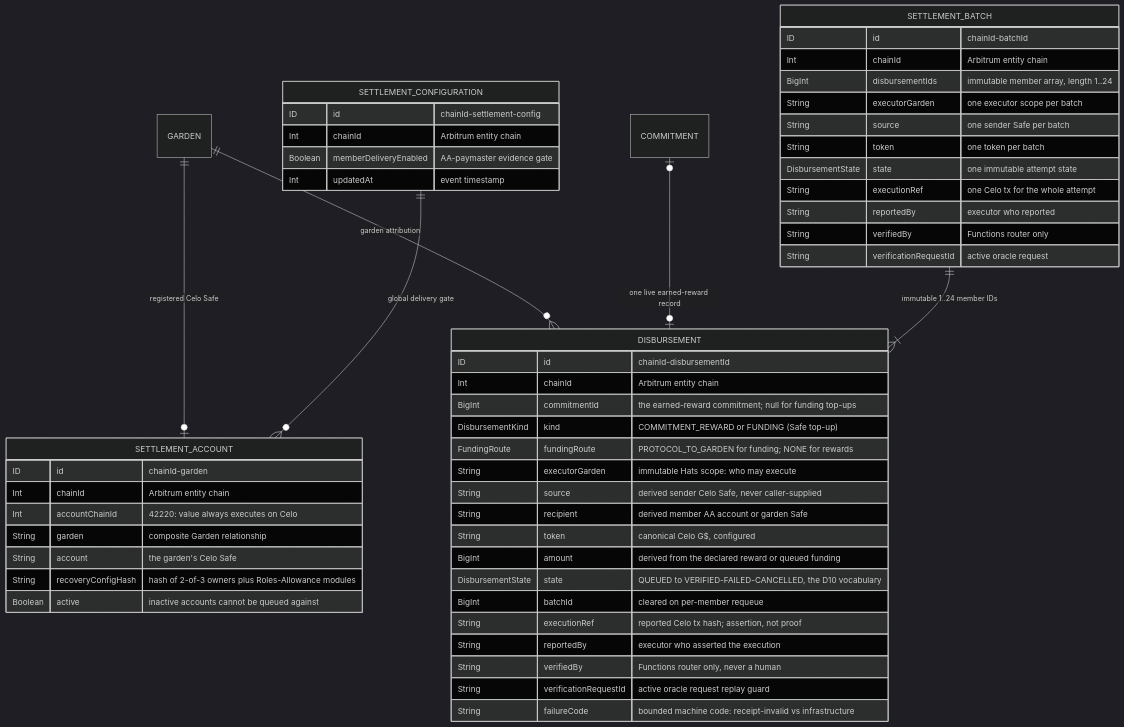
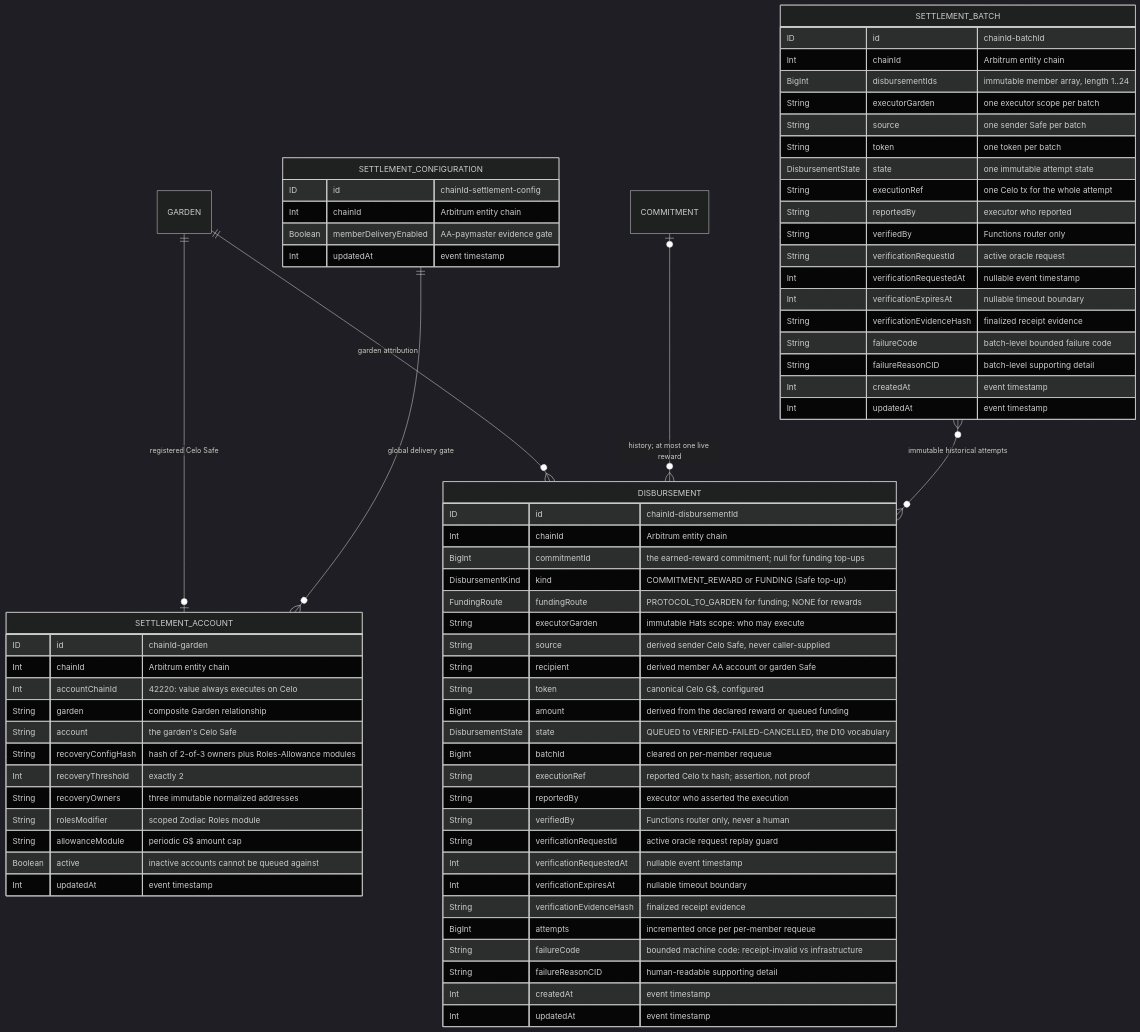
One commit to greenpill-dev-guild/green-goods changed diagram 12 of 20 in .plans/active/commitment-pooling/diagrams.md. Above: the diagram before and after it, drawn with Mermaid (dark theme). The commit also changed other lines of this file and 13 other files, not shown here.

````diff
--- a/.plans/active/commitment-pooling/diagrams.md
+++ b/.plans/active/commitment-pooling/diagrams.md
@@ -593,57 +658,76 @@
 ```mermaid
 erDiagram
   GARDEN ||--o| SETTLEMENT_ACCOUNT : "registered Celo Safe"
   GARDEN ||--o{ DISBURSEMENT : "garden attribution"
-  COMMITMENT |o--o| DISBURSEMENT : "one live earned-reward record"
-  SETTLEMENT_BATCH ||--|{ DISBURSEMENT : "immutable 1..24 member IDs"
+  COMMITMENT |o--o{ DISBURSEMENT : "history; at most one live reward"
+  SETTLEMENT_BATCH }o--o{ DISBURSEMENT : "immutable historical attempts"
   SETTLEMENT_CONFIGURATION ||--o{ SETTLEMENT_ACCOUNT : "global delivery gate"
 
   SETTLEMENT_CONFIGURATION {
     ID id "chainId-settlement-config"
     Int chainId "Arbitrum entity chain"
     Boolean memberDeliveryEnabled "AA-paymaster evidence gate"
     Int updatedAt "event timestamp"
   }
 
   SETTLEMENT_ACCOUNT {
     ID id "chainId-garden"
     Int chainId "Arbitrum entity chain"
     Int accountChainId "42220: value always executes on Celo"
     String garden "composite Garden relationship"
     String account "the garden's Celo Safe"
     String recoveryConfigHash "hash of 2-of-3 owners plus Roles-Allowance modules"
+    Int recoveryThreshold "exactly 2"
+    String recoveryOwners "three immutable normalized addresses"
+    String rolesModifier "scoped Zodiac Roles module"
+    String allowanceModule "periodic G$ amount cap"
     Boolean active "inactive accounts cannot be queued against"
+    Int updatedAt "event timestamp"
   }
   DISBURSEMENT {
     ID id "chainId-disbursementId"
     Int chainId "Arbitrum entity chain"
     BigInt commitmentId "the earned-reward commitment; null for funding top-ups"
     DisbursementKind kind "COMMITMENT_REWARD or FUNDING (Safe top-up)"
     FundingRoute fundingRoute "PROTOCOL_TO_GARDEN for funding; NONE for rewards"
     String executorGarden "immutable Hats scope: who may execute"
     String source "derived sender Celo Safe, never caller-supplied"
     String recipient "derived member AA account or garden Safe"
     String token "canonical Celo G$, configured"
     BigInt amount "derived from the declared reward or queued funding"
     DisbursementState state "QUEUED to VERIFIED-FAILED-CANCELLED, the D10 vocabulary"
     BigInt batchId "cleared on per-member requeue"
     String executionRef "reported Celo tx hash; assertion, not proof"
     String reportedBy "executor who asserted the execution"
     String verifiedBy "Functions router only, never a human"
     String verificationRequestId "active oracle request replay guard"
+    Int verificationRequestedAt "nullable event timestamp"
+    Int verificationExpiresAt "nullable timeout boundary"
+    String verificationEvidenceHash "finalized receipt evidence"
+    BigInt attempts "incremented once per per-member requeue"
     String failureCode "bounded machine code: receipt-invalid vs infrastructure"
+    String failureReasonCID "human-readable supporting detail"
+    Int createdAt "event timestamp"
+    Int updatedAt "event timestamp"
   }
   SETTLEMENT_BATCH {
     ID id "chainId-batchId"
     Int chainId "Arbitrum entity chain"
     BigInt disbursementIds "immutable member array, length 1..24"
     String executorGarden "one executor scope per batch"
     String source "one sender Safe per batch"
     String token "one token per batch"
     DisbursementState state "one immutable attempt state"
     String executionRef "one Celo tx for the whole attempt"
     String reportedBy "executor who reported"
     String verifiedBy "Functions router only"
     String verificationRequestId "active oracle request"
+    Int verificationRequestedAt "nullable event timestamp"
+    Int verificationExpiresAt "nullable timeout boundary"
+    String verificationEvidenceHash "finalized receipt evidence"
+    String failureCode "batch-level bounded failure code"
+    String failureReasonCID "batch-level supporting detail"
+    Int createdAt "event timestamp"
+    Int updatedAt "event timestamp"
   }
 ```
````
